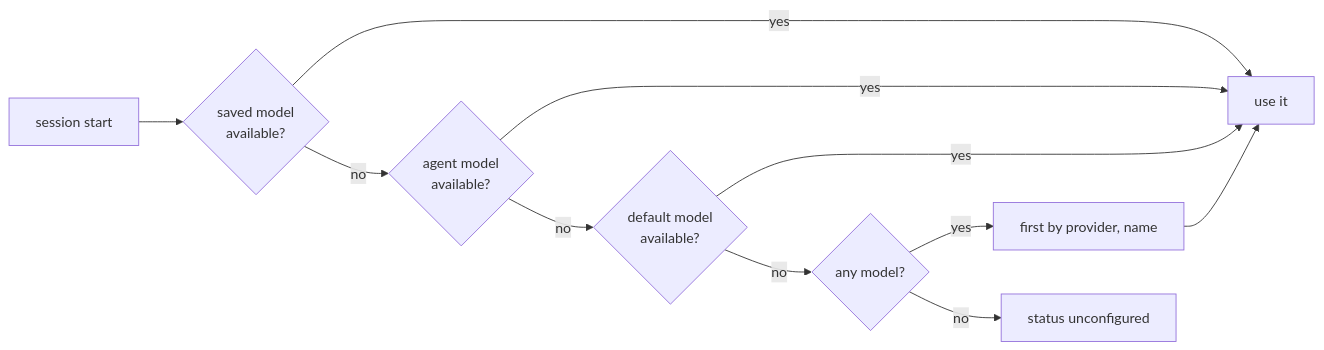
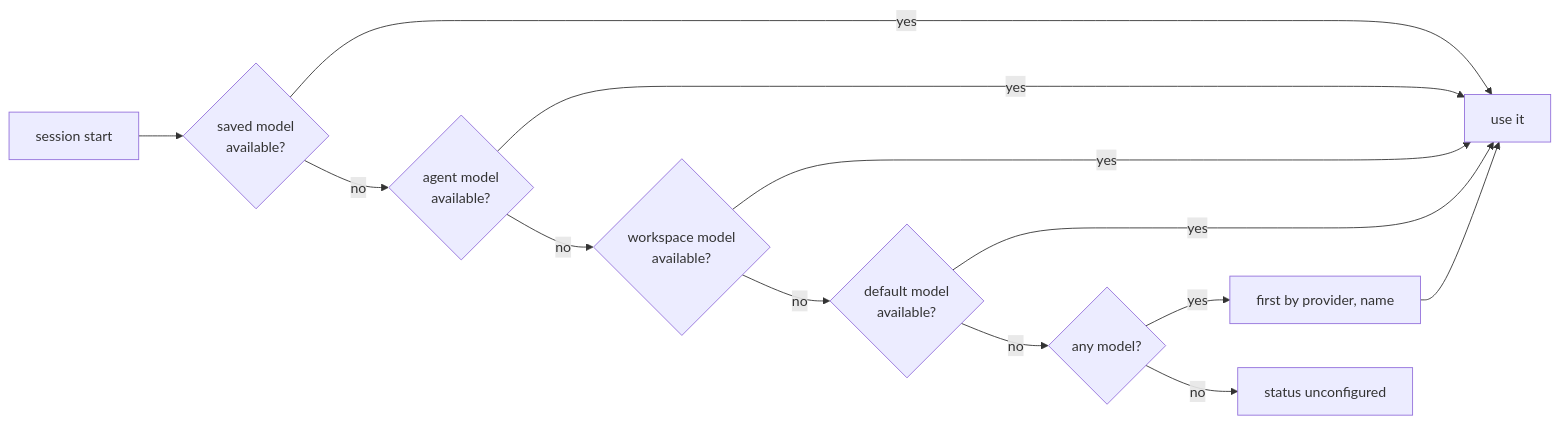
One commit to pp-techs/pp-agent changed the diagram in docs/architecture/model-and-thinking-selection.md. Above: the diagram before and after it, drawn with Mermaid. The commit also changed other lines of this file and 36 other files, not shown here.

````diff
--- a/docs/architecture/model-and-thinking-selection.md
+++ b/docs/architecture/model-and-thinking-selection.md
@@ -16,12 +17,14 @@
 ```mermaid
 flowchart LR
   S["session start"] --> A{"saved model<br/>available?"}
   A -- yes --> U["use it"]
   A -- no --> B{"agent model<br/>available?"}
   B -- yes --> U
-  B -- no --> C{"default model<br/>available?"}
+  B -- no --> W{"workspace model<br/>available?"}
+  W -- yes --> U
+  W -- no --> C{"default model<br/>available?"}
   C -- yes --> U
   C -- no --> D{"any model?"}
   D -- yes --> F["first by provider, name"] --> U
   D -- no --> N["status unconfigured"]
 ```
````
